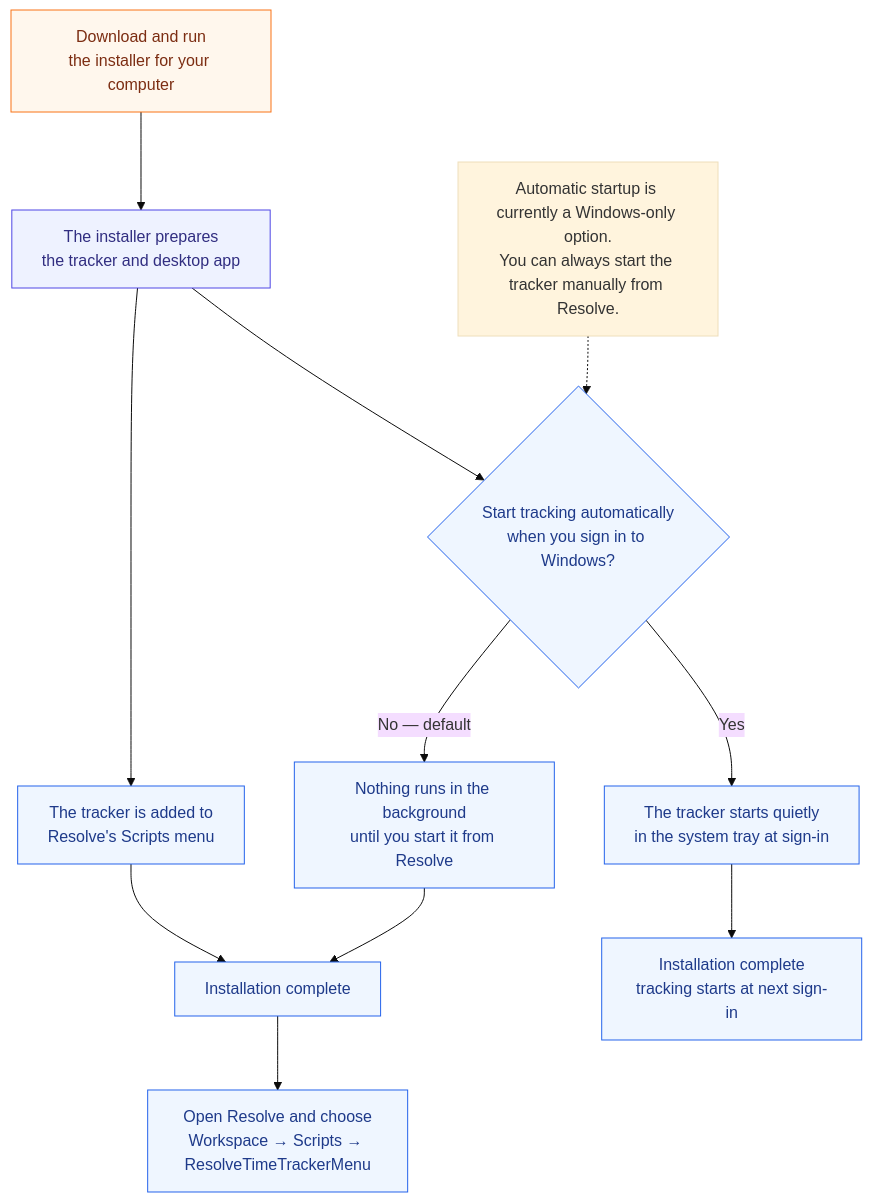
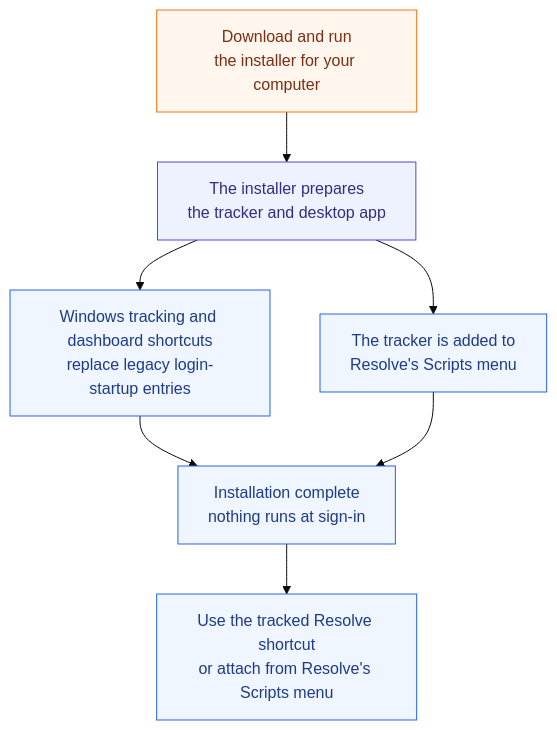
One commit to Today20092/Davinci-Resolve-TimeTracker changed the second of 2 diagrams in README.md. Above: the diagram before and after it, drawn with Mermaid (base theme). The commit also changed other lines of this file and 36 other files, not shown here.

````diff
--- a/README.md
+++ b/README.md
@@ -236,25 +236,18 @@
 ```mermaid
 flowchart TD
   Download["Download and run<br/>the installer for your computer"]
   Download --> Prepare["The installer prepares<br/>the tracker and desktop app"]
   Prepare --> Menu["The tracker is added to<br/>Resolve's Scripts menu"]
-  Prepare --> Choice{"Start tracking automatically<br/>when you sign in to Windows?"}
-
-  Choice -->|No — default| Manual["Nothing runs in the background<br/>until you start it from Resolve"]
-  Choice -->|Yes| Automatic["The tracker starts quietly<br/>in the system tray at sign-in"]
-
-  Manual --> Ready["Installation complete"]
-  Automatic --> Done["Installation complete<br/>tracking starts at next sign-in"]
+  Prepare --> Shortcuts["Windows tracking and dashboard shortcuts<br/>replace legacy login-startup entries"]
+  Shortcuts --> Ready["Installation complete<br/>nothing runs at sign-in"]
   Menu --> Ready
-  Ready --> Use["Open Resolve and choose<br/>Workspace → Scripts → ResolveTimeTrackerMenu"]
-
-  Note["Automatic startup is currently a Windows-only option.<br/>You can always start the tracker manually from Resolve."] -.-> Choice
+  Ready --> Use["Use the tracked Resolve shortcut<br/>or attach from Resolve's Scripts menu"]
 
   classDef bootstrap fill:#fff7ed,stroke:#f97316,color:#7c2d12
   classDef setup fill:#eef2ff,stroke:#4f46e5,color:#312e81
   classDef resolve fill:#eff6ff,stroke:#2563eb,color:#1e3a8a
 
   class Download bootstrap
   class Prepare setup
-  class Menu,Choice,Manual,Automatic,Ready,Done,Use resolve
+  class Menu,Shortcuts,Ready,Use resolve
 ```
````
